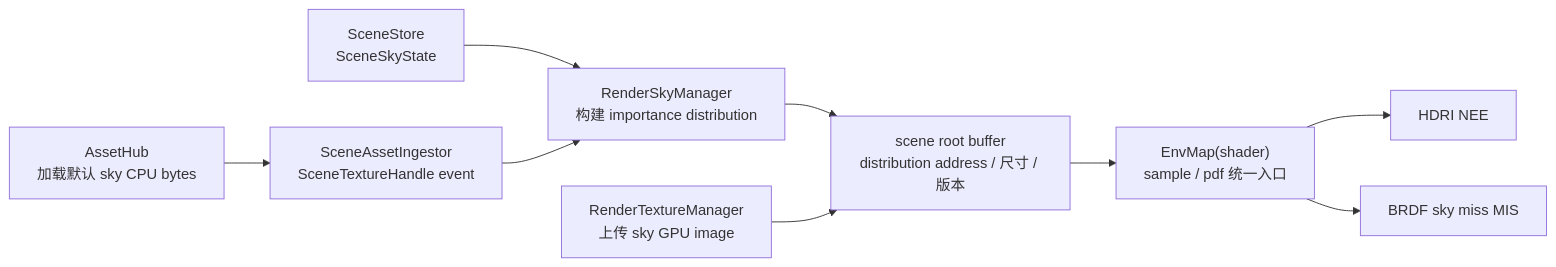
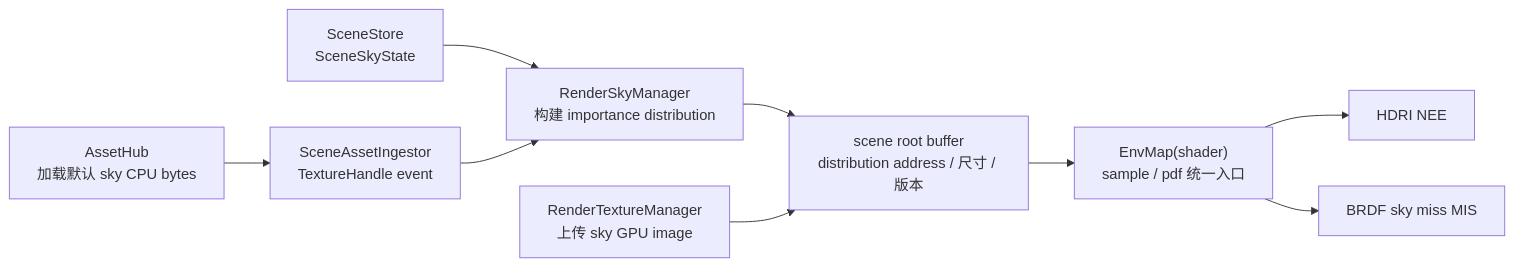
One commit to acccoco/TruvisRenderer changed the third of 3 diagrams in docs/summaries/hdri-sampling.md. Above: the diagram before and after it, drawn with Mermaid. The commit also changed other lines of this file and 28 other files, not shown here.

First line of the commit message:
[update] 去除 CPU resource 类型的 Scene 前缀

````diff
--- a/docs/summaries/hdri-sampling.md
+++ b/docs/summaries/hdri-sampling.md
@@ -173,11 +173,11 @@
 ```mermaid
 flowchart LR
-    AssetHub["AssetHub<br/>加载默认 sky CPU bytes"] --> Ingestor["SceneAssetIngestor<br/>SceneTextureHandle event"]
+    AssetHub["AssetHub<br/>加载默认 sky CPU bytes"] --> Ingestor["SceneAssetIngestor<br/>TextureHandle event"]
     SceneStore["SceneStore<br/>SceneSkyState"] --> RenderSkyManager
     Ingestor --> RenderSkyManager["RenderSkyManager<br/>构建 importance distribution"]
     RenderSkyManager --> SceneRoot["scene root buffer<br/>distribution address / 尺寸 / 版本"]
     RenderTextureManager["RenderTextureManager<br/>上传 sky GPU image"] --> SceneRoot
     SceneRoot --> EnvMap["EnvMap(shader)<br/>sample / pdf 统一入口"]
     EnvMap --> Nee["HDRI NEE"]
     EnvMap --> Miss["BRDF sky miss MIS"]
 ```
````
